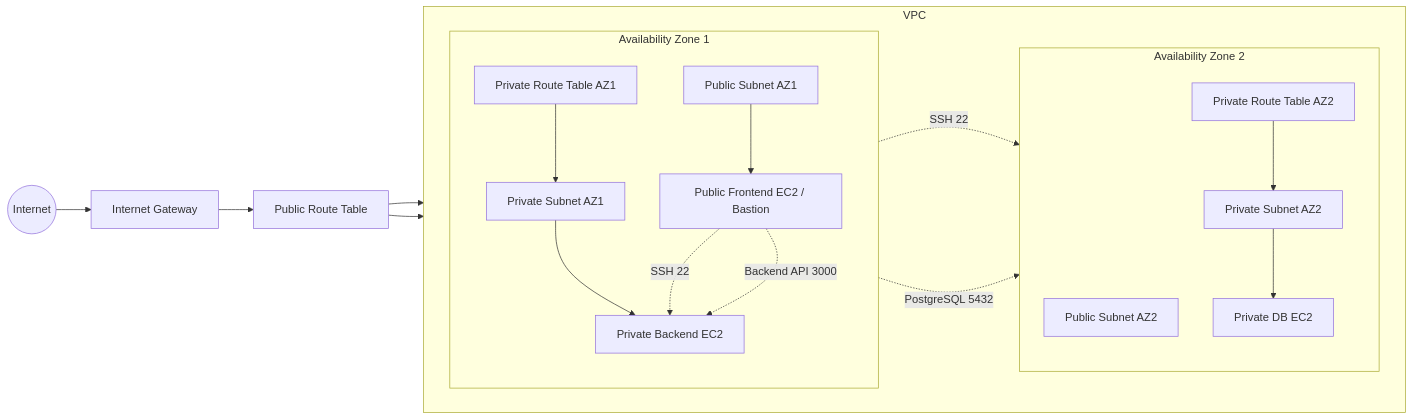
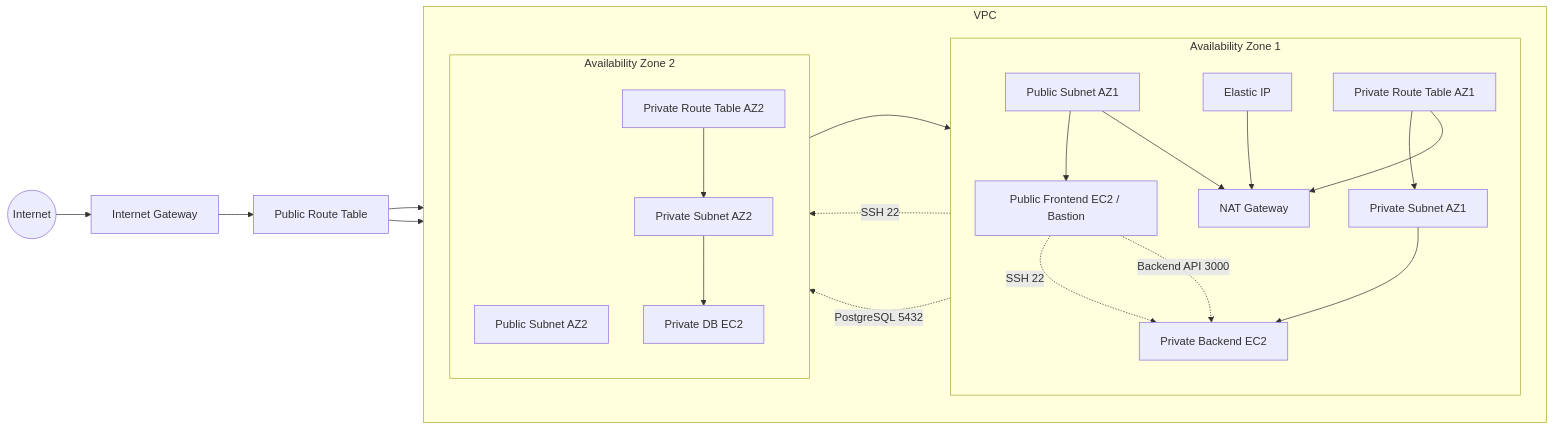
Before and after one commit to Tanvir-Alam625/aws-network-with-terraform: the diagram in README.md, drawn with Mermaid. The commit also changed other lines of this file and 3 other files, not shown here.

Commit message:
fix: fixed nat gateway

````diff
--- a/README.md
+++ b/README.md
@@ -7,41 +7,47 @@
 ```mermaid
 flowchart LR
   Internet((Internet)) --> IGW[Internet Gateway]
   IGW --> PublicRT[Public Route Table]
 
   subgraph VPC[VPC]
     direction LR
 
     subgraph AZ1[Availability Zone 1]
       direction TB
       PublicSubnetAZ1[Public Subnet AZ1]
       PrivateSubnetAZ1[Private Subnet AZ1]
       PublicEC2[Public Frontend EC2 / Bastion]
       BackendEC2[Private Backend EC2]
+      NAT[NAT Gateway]
+      NatEip[Elastic IP]
       PrivateRTAZ1[Private Route Table AZ1]
 
       PublicSubnetAZ1 --> PublicEC2
+      PublicSubnetAZ1 --> NAT
+      NatEip --> NAT
       PrivateRTAZ1 --> PrivateSubnetAZ1
       PrivateSubnetAZ1 --> BackendEC2
     end
 
     subgraph AZ2[Availability Zone 2]
       direction TB
       PublicSubnetAZ2[Public Subnet AZ2]
       PrivateSubnetAZ2[Private Subnet AZ2]
       DbEC2[Private DB EC2]
       PrivateRTAZ2[Private Route Table AZ2]
 
       PrivateRTAZ2 --> PrivateSubnetAZ2
       PrivateSubnetAZ2 --> DbEC2
     end
   end
 
   PublicRT --> PublicSubnetAZ1
   PublicRT --> PublicSubnetAZ2
+  PrivateRTAZ1 --> NAT
+  PrivateRTAZ2 --> NAT
 
   PublicEC2 -. SSH 22 .-> BackendEC2
   PublicEC2 -. Backend API 3000 .-> BackendEC2
   PublicEC2 -. SSH 22 .-> DbEC2
   BackendEC2 -. PostgreSQL 5432 .-> DbEC2
 ```
````
